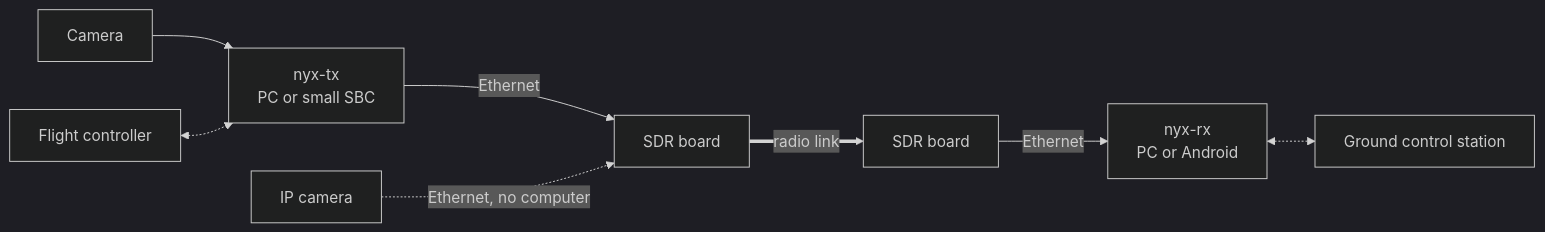
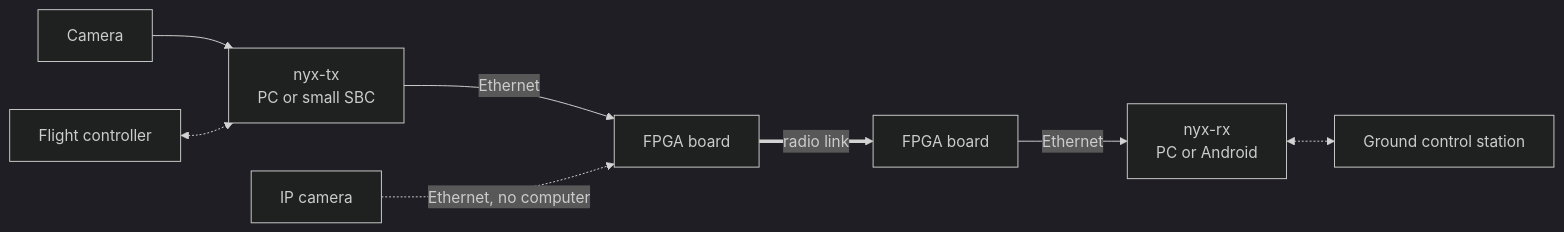
Before and after one commit to tacitech/nyxhop: the diagram in README.md, drawn with Mermaid (dark theme). The commit also changed other lines of this file, not shown here.

Commit message:
README: NyxHop is an FPGA modem - the whole modem in the FPGA chip, the computer only sends and receives data; FPGA boards with their FPGA in the hardware table

````diff
--- a/README.md
+++ b/README.md
@@ -80,10 +81,10 @@
 ```mermaid
 flowchart LR
     CAM["Camera"] --> TX["nyx-tx<br/>PC or small SBC"]
     FC["Flight controller"] <-.-> TX
-    TX -- "Ethernet" --> BA["SDR board"]
-    BA == "radio link" ==> BB["SDR board"]
+    TX -- "Ethernet" --> BA["FPGA board"]
+    BA == "radio link" ==> BB["FPGA board"]
     BB -- "Ethernet" --> RX["nyx-rx<br/>PC or Android"]
     RX <-.-> GCS["Ground control station"]
     IPC["IP camera"] -. "Ethernet, no computer" .-> BA
 ```
````
